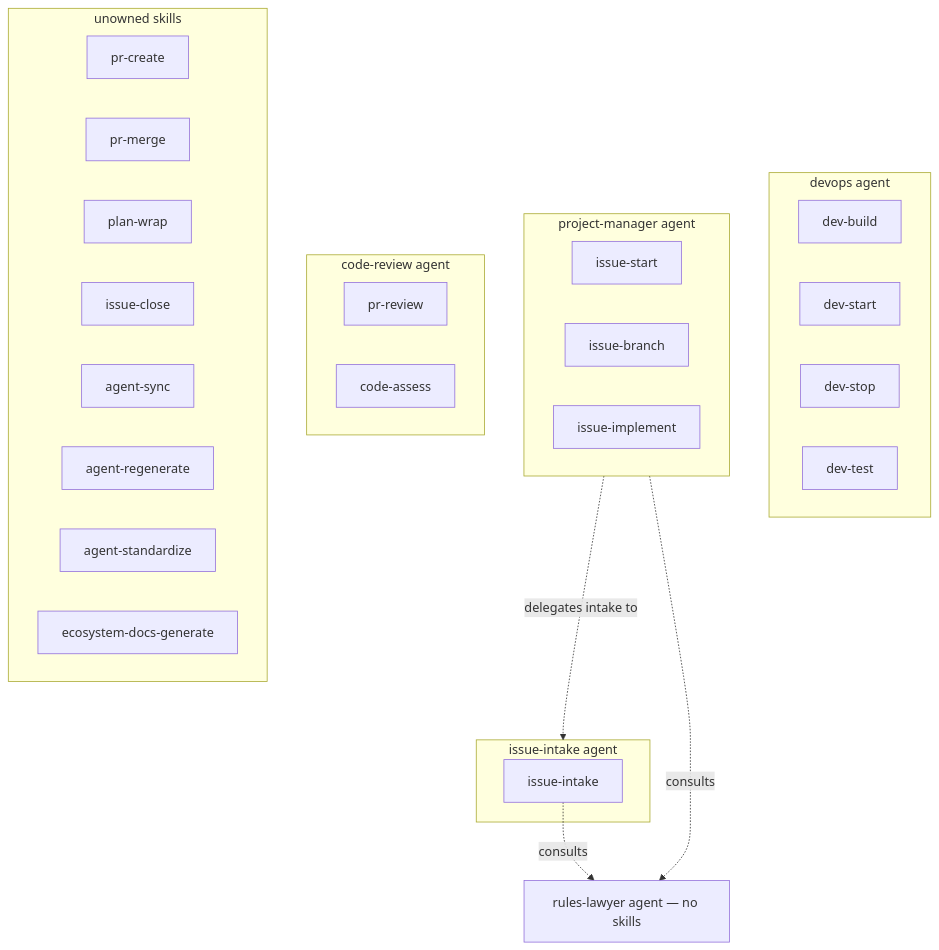
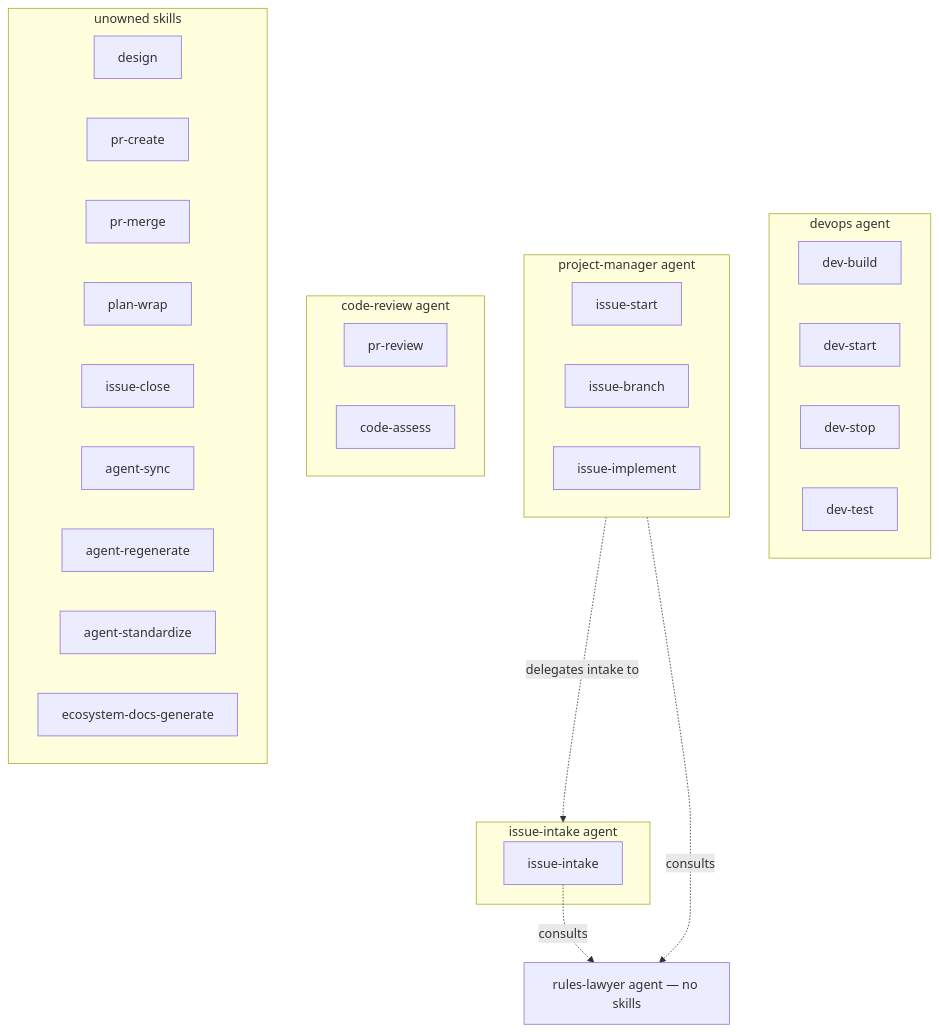
Before and after one commit to ashitaka-emishi/lob-online: the first of 2 diagrams in docs/claude-ecosystem/network-diagram.md, drawn with Mermaid. The commit also changed 14 other files, not shown here.

````diff
--- a/docs/claude-ecosystem/network-diagram.md
+++ b/docs/claude-ecosystem/network-diagram.md
@@ -21,41 +21,42 @@
 ```mermaid
 graph TD
   subgraph devops[devops agent]
     dev-build
     dev-start
     dev-stop
     dev-test
   end
 
   subgraph pm[project-manager agent]
     issue-start
     issue-branch
     issue-implement
   end
 
   subgraph ii[issue-intake agent]
     issue-intake
   end
 
   subgraph cr[code-review agent]
     pr-review
     code-assess
   end
 
   rl[rules-lawyer agent — no skills]
 
   subgraph standalone[unowned skills]
+    design
     pr-create
     pr-merge
     plan-wrap
     issue-close
     agent-sync
     agent-regenerate
     agent-standardize
     ecosystem-docs-generate
   end
 
   issue-intake -.->|consults| rl
   pm -.->|delegates intake to| ii
   pm -.->|consults| rl
 ```
````
